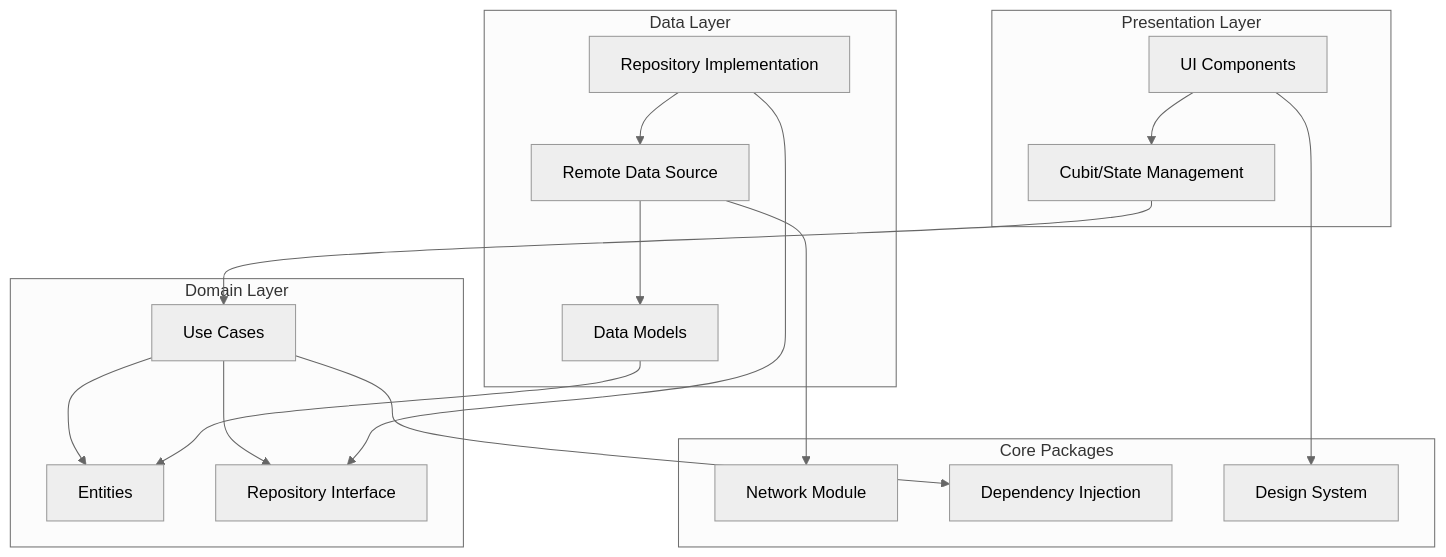
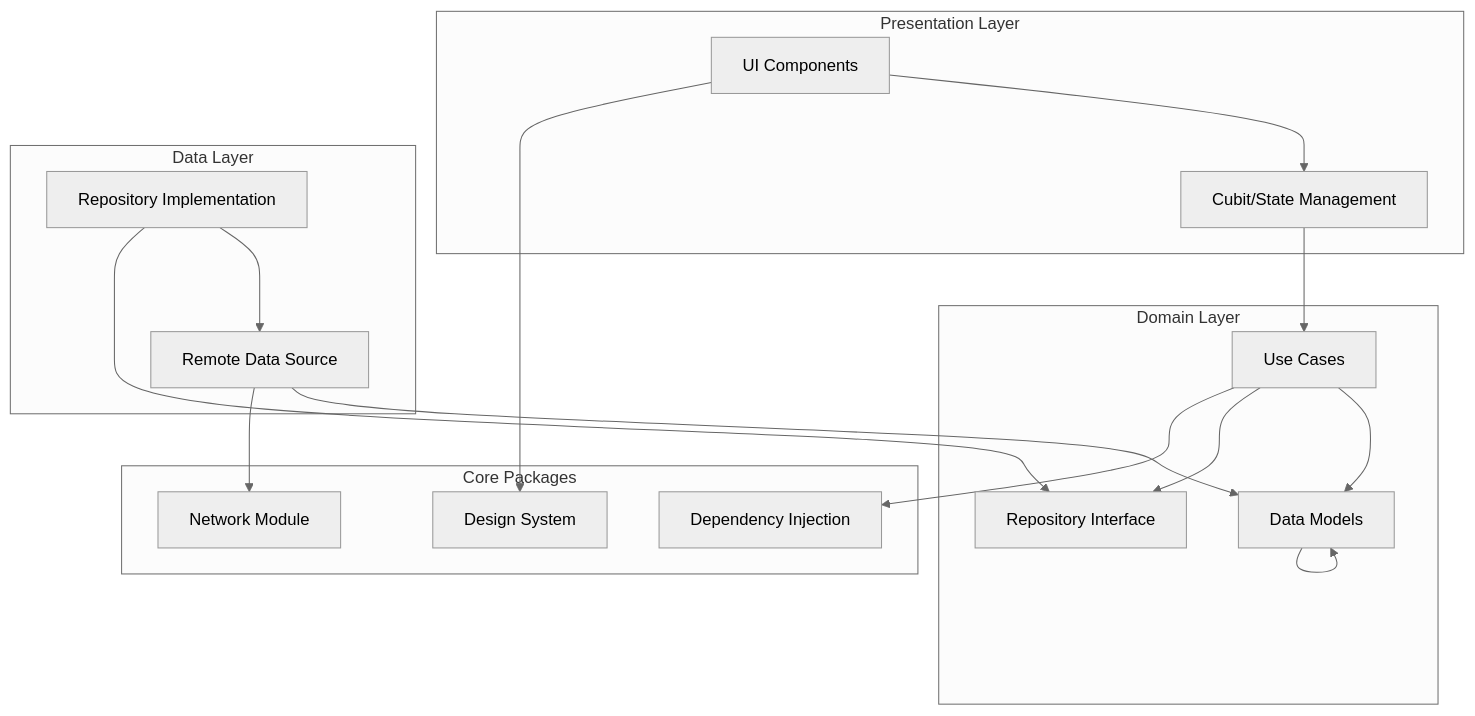
Before and after one commit to LazaroMakario/Cinemak: the diagram in README.md, drawn with Mermaid (neutral theme). The commit also changed other lines of this file, not shown here.

Commit message:
📝 (README): fix models name

````diff
--- a/README.md
+++ b/README.md
@@ -23,37 +23,37 @@
 ```mermaid
 graph TD
     subgraph Presentation Layer
         UI[UI Components]
         Cubit[Cubit/State Management]
         UI --> Cubit
     end
 
     subgraph Domain Layer
         UseCase[Use Cases]
-        Entity[Entities]
+        Models[Models]
         Repository[Repository Interface]
-        UseCase --> Entity
+        UseCase --> Models
         UseCase --> Repository
     end
 
     subgraph Data Layer
         RepositoryImpl[Repository Implementation]
         DataSource[Remote Data Source]
         Models[Data Models]
         RepositoryImpl --> DataSource
         DataSource --> Models
-        Models --> Entity
+        Models --> Models
     end
 
     subgraph Core Packages
         Network[Network Module]
         DI[Dependency Injection]
         Design[Design System]
     end
 
     Cubit --> UseCase
     RepositoryImpl --> Repository
     DataSource --> Network
     UI --> Design
     UseCase --> DI
 ```
````
